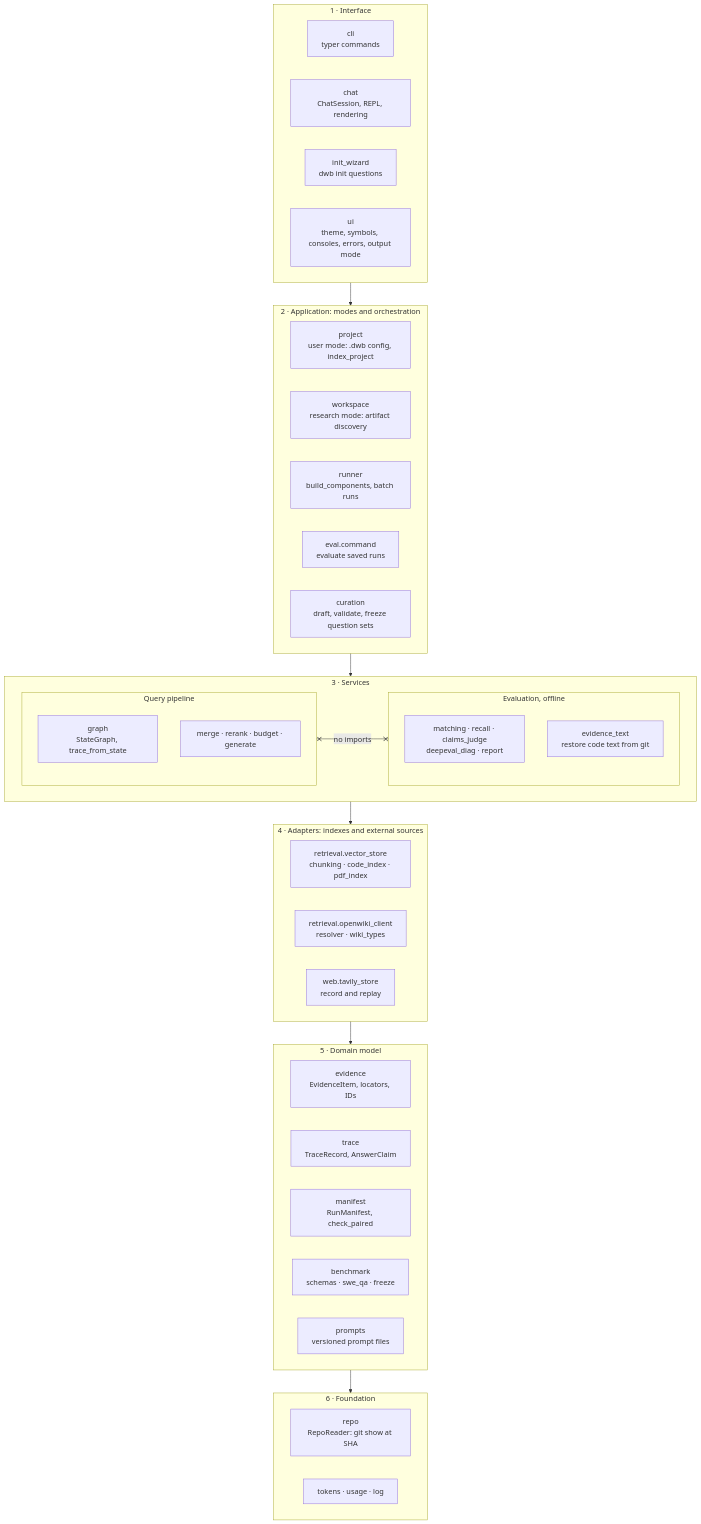
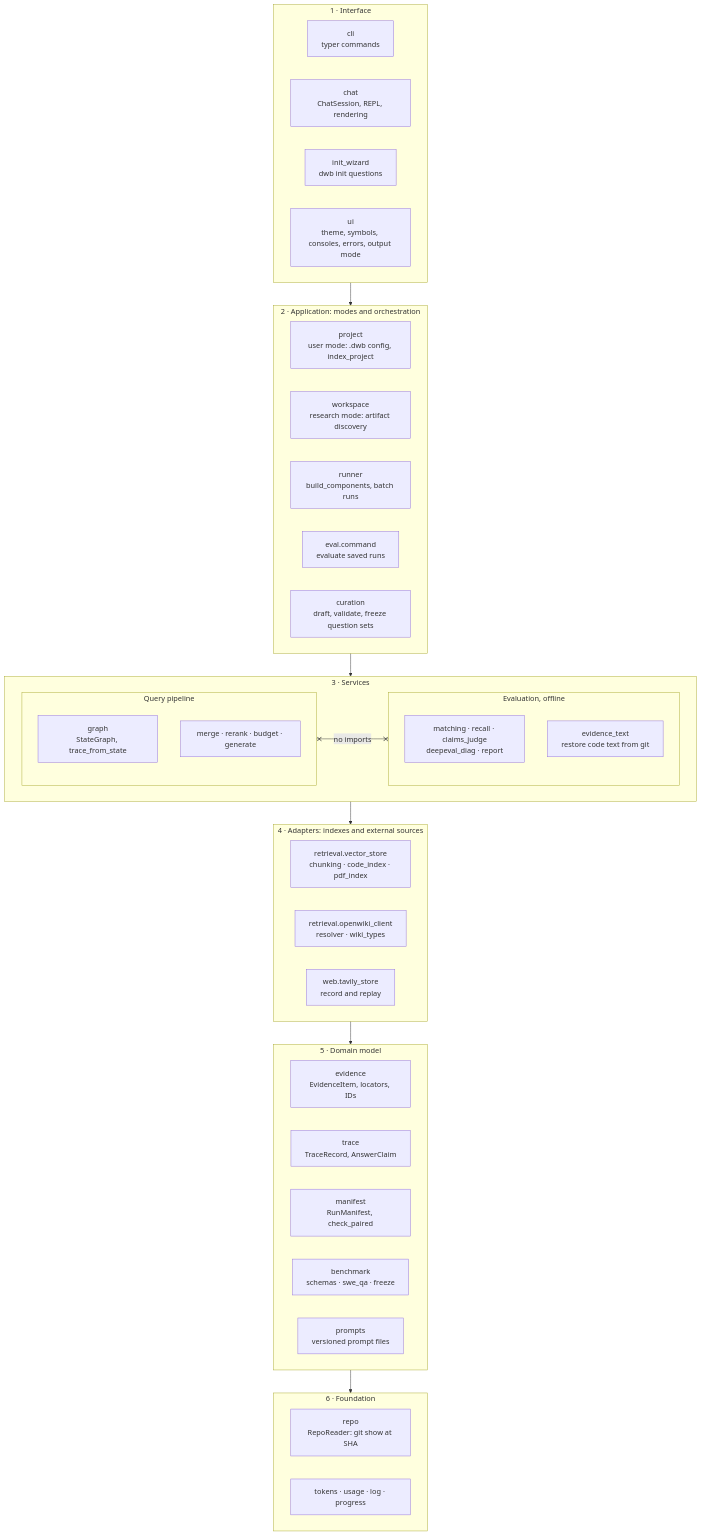
The second of 9 diagrams in docs/architecture.md (andresdp/design-wiki-bridge), drawn with Mermaid before and after one commit. The commit also changed other lines of this file and 14 other files, not shown here.

````diff
--- a/docs/architecture.md
+++ b/docs/architecture.md
@@ -38,52 +38,52 @@
 ```mermaid
 flowchart TB
     subgraph L1["1 · Interface"]
         direction LR
         cli["cli<br/>typer commands"]
         chat["chat<br/>ChatSession, REPL, rendering"]
         initw["init_wizard<br/>dwb init questions"]
         ui["ui<br/>theme, symbols, consoles, errors, output mode"]
     end
     subgraph L2["2 · Application: modes and orchestration"]
         direction LR
         project["project<br/>user mode: .dwb config, index_project"]
         workspace["workspace<br/>research mode: artifact discovery"]
         runner["runner<br/>build_components, batch runs"]
         evalcmd["eval.command<br/>evaluate saved runs"]
         curation["curation<br/>draft, validate, freeze question sets"]
     end
     subgraph L3["3 · Services"]
         direction LR
         subgraph PIPE["Query pipeline"]
             direction TB
             qgraph["graph<br/>StateGraph, trace_from_state"]
             stages["merge · rerank · budget · generate"]
         end
         subgraph EVAL["Evaluation, offline"]
             direction TB
             scoring["matching · recall · claims_judge<br/>deepeval_diag · report"]
             evtext["evidence_text<br/>restore code text from git"]
         end
     end
     subgraph L4["4 · Adapters: indexes and external sources"]
         direction LR
         vec["retrieval.vector_store<br/>chunking · code_index · pdf_index"]
         wiki["retrieval.openwiki_client<br/>resolver · wiki_types"]
         web["web.tavily_store<br/>record and replay"]
     end
     subgraph L5["5 · Domain model"]
         direction LR
         evidence["evidence<br/>EvidenceItem, locators, IDs"]
         trace["trace<br/>TraceRecord, AnswerClaim"]
         manifest["manifest<br/>RunManifest, check_paired"]
         bench["benchmark<br/>schemas · swe_qa · freeze"]
         prompts["prompts<br/>versioned prompt files"]
     end
     subgraph L6["6 · Foundation"]
         direction LR
         repo["repo<br/>RepoReader: git show at SHA"]
-        util["tokens · usage · log"]
+        util["tokens · usage · log · progress"]
     end
     L1 --> L2 --> L3 --> L4 --> L5 --> L6
     PIPE x--x|no imports| EVAL
 ```
````
